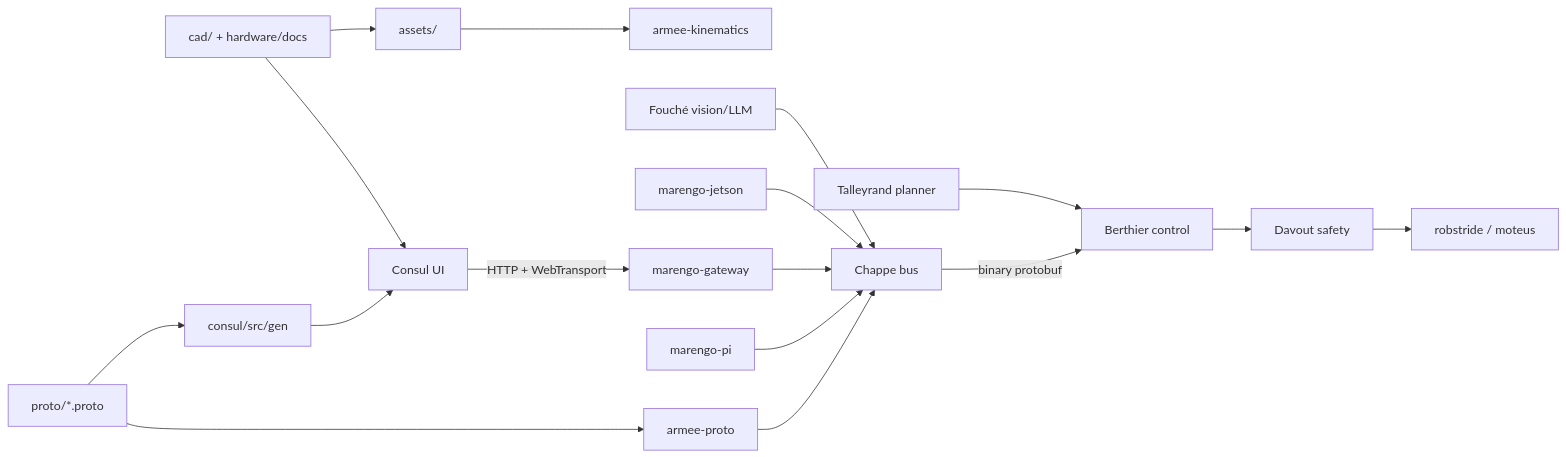
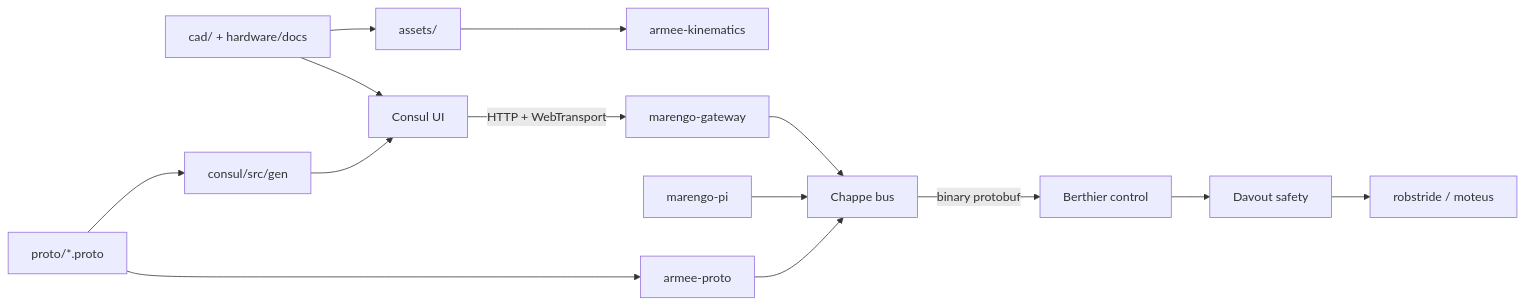
Before and after one commit to jaylamping/marengo: the diagram in docs/architecture.md, drawn with Mermaid. The commit also changed other lines of this file and 49 other files, not shown here.

Commit message:
chore(prune): B15 roadmap scaffolds (fouche, talleyrand, teleop, marengo-jetson, network.yaml, chappe transport)

````diff
--- a/docs/architecture.md
+++ b/docs/architecture.md
@@ -11,19 +11,16 @@
 ```mermaid
 flowchart LR
   HW[cad/ + hardware/docs] --> Assets[assets/]
   Assets --> KIN[armee-kinematics]
   Proto[proto/*.proto] --> AP[armee-proto]
   Proto --> ConsulGen[consul/src/gen]
   AP --> Chappe[Chappe bus]
   ConsulGen --> Consul[Consul UI]
   HW --> Consul
   Pi[marengo-pi] --> Chappe
   Gateway[marengo-gateway] --> Chappe
   Consul[Consul UI] -->|HTTP + WebTransport| Gateway
-  Jetson[marengo-jetson] --> Chappe
   Chappe -->|"binary protobuf"| Berthier[Berthier control]
   Berthier --> Davout[Davout safety]
-  Talleyrand[Talleyrand planner] --> Berthier
-  Fouché[Fouché vision/LLM] --> Chappe
   Davout --> Motors[robstride / moteus]
 ```
````
